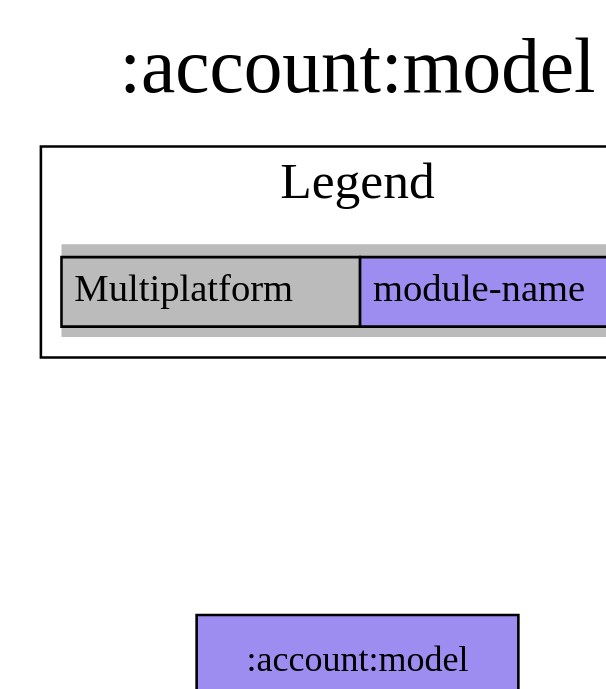
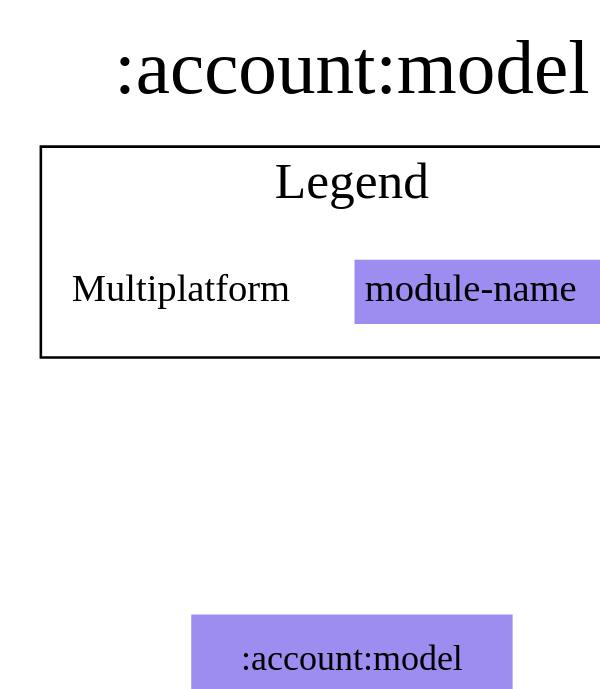
One commit to jonapoul/aktual changed the diagram in modules/account/model/project-dependency-graph.dot. Above: the diagram before and after it, drawn with Graphviz. The commit also changed 62 other files, not shown here.

Commit message:
Reworked diagrams plugin a bit

```diff
--- a/modules/account/model/project-dependency-graph.dot
+++ b/modules/account/model/project-dependency-graph.dot
@@ -1,19 +1,19 @@
 digraph {
 edge ["dir"="forward"]
 graph ["dpi"="100","label"=":account:model","labelloc"="t","fontsize"="30","ranksep"="1.5","rankdir"="TB"]
 node ["style"="filled"]
-":account:model" ["fillcolor"="#9D8DF1","shape"="box"]
+":account:model" ["fillcolor"="#9D8DF1","shape"="none"]
 {
 edge ["dir"="none"]
 graph ["rank"="same"]
 }
 subgraph "cluster_legend" {
 edge ["dir"="none"]
 graph ["label"="Legend","fontsize"="20"]
-"Legend" ["style"="filled","fillcolor"="#bbbbbb","shape"="none","margin"="0","fontsize"="15","label"=<
-<TABLE BORDER="0" CELLBORDER="1" CELLSPACING="0" CELLPADDING="4">
+"Legend" ["style"="filled","fillcolor"="#FFFFFF","shape"="none","margin"="0","fontsize"="15","label"=<
+<TABLE BORDER="0" CELLBORDER="0" CELLSPACING="0" CELLPADDING="4">
 <TR><TD>Multiplatform</TD><TD BGCOLOR="#9D8DF1">module-name</TD></TR>
 </TABLE>
 >]
 } -> ":account:model" ["style"="invis"]
 }
```
